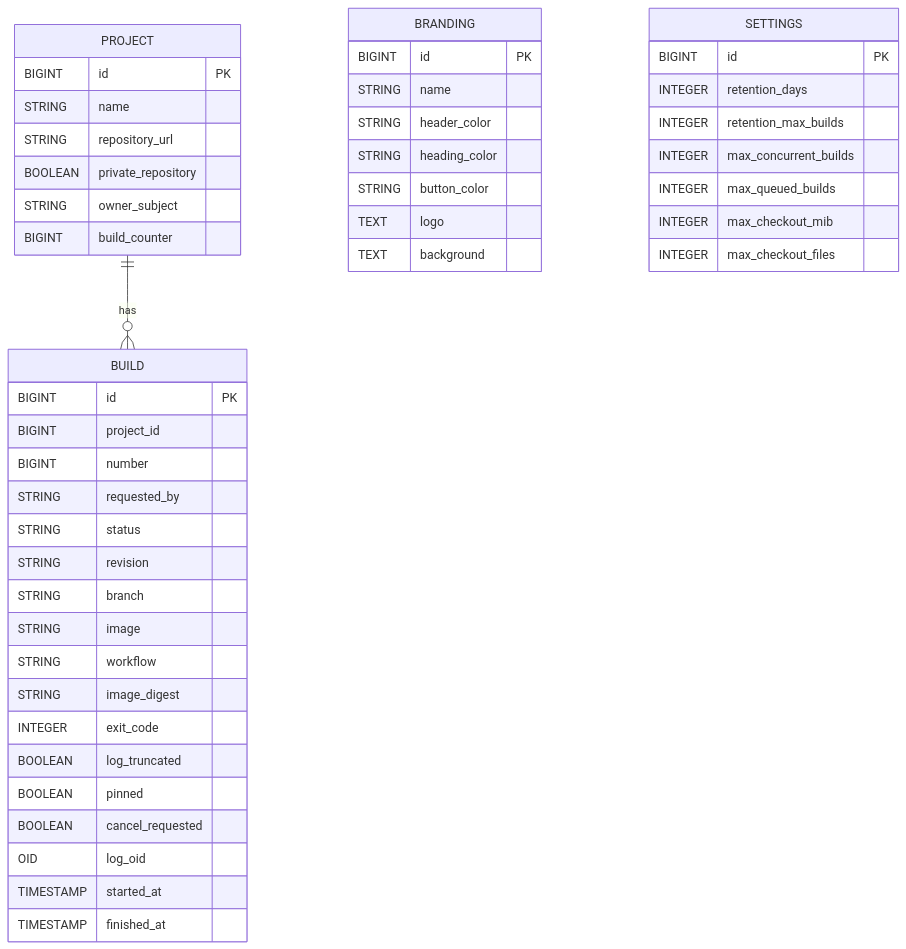
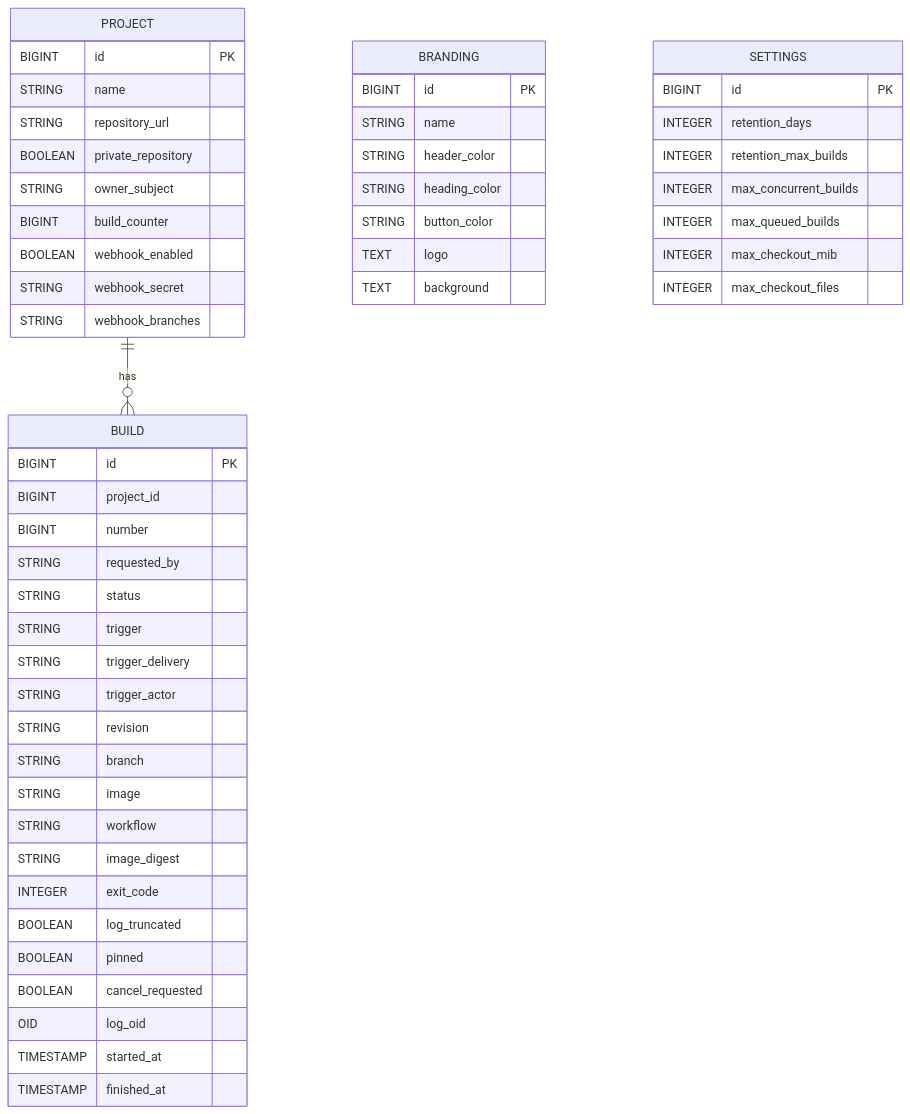
One commit to Mohamed-Alkafory/cisys changed the diagram in docs/entity-diagram.md. Above: the diagram before and after it, drawn with Mermaid. The commit also changed other lines of this file and 32 other files, not shown here.

````diff
--- a/docs/entity-diagram.md
+++ b/docs/entity-diagram.md
@@ -5,53 +5,59 @@
 ```mermaid
 erDiagram
     PROJECT {
         BIGINT id PK
         STRING name
         STRING repository_url
         BOOLEAN private_repository
         STRING owner_subject
         BIGINT build_counter
+        BOOLEAN webhook_enabled
+        STRING webhook_secret
+        STRING webhook_branches
     }
 
     BUILD {
         BIGINT id PK
         BIGINT project_id
         BIGINT number
         STRING requested_by
         STRING status
+        STRING trigger
+        STRING trigger_delivery
+        STRING trigger_actor
         STRING revision
         STRING branch
         STRING image
         STRING workflow
         STRING image_digest
         INTEGER exit_code
         BOOLEAN log_truncated
         BOOLEAN pinned
         BOOLEAN cancel_requested
         OID log_oid
         TIMESTAMP started_at
         TIMESTAMP finished_at
     }
 
     BRANDING {
         BIGINT id PK
         STRING name
         STRING header_color
         STRING heading_color
         STRING button_color
         TEXT logo
         TEXT background
     }
 
     SETTINGS {
         BIGINT id PK
         INTEGER retention_days
         INTEGER retention_max_builds
         INTEGER max_concurrent_builds
         INTEGER max_queued_builds
         INTEGER max_checkout_mib
         INTEGER max_checkout_files
     }
 
     PROJECT ||--o{ BUILD : has
 ```
````
